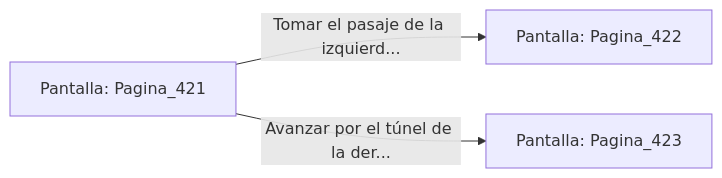
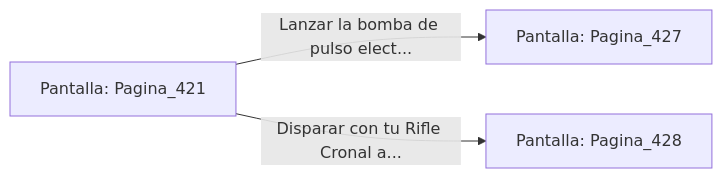
The diagram in sample/eligejuego-vault/Pantalla_Pagina_421.md (metsuke/mpl), drawn with Mermaid before and after one commit. The commit also changed other lines of this file and 635 other files, not shown here.

First line of the commit message:
fix: añadir Pagina_1 como pantalla inicial en capitulo_01.mpl

````diff
--- a/sample/eligejuego-vault/Pantalla_Pagina_421.md
+++ b/sample/eligejuego-vault/Pantalla_Pagina_421.md
@@ -20,6 +24,6 @@
 ```mermaid
 graph LR
     P_Pagina_421["Pantalla: Pagina_421"]
-    P_Pagina_421 -->|"Tomar el pasaje de la izquierd..."| P_Pagina_422["Pantalla: Pagina_422"]
-    P_Pagina_421 -->|"Avanzar por el túnel de la der..."| P_Pagina_423["Pantalla: Pagina_423"]
+    P_Pagina_421 -->|"Lanzar la bomba de pulso elect..."| P_Pagina_427["Pantalla: Pagina_427"]
+    P_Pagina_421 -->|"Disparar con tu Rifle Cronal a..."| P_Pagina_428["Pantalla: Pagina_428"]
 ```
````
